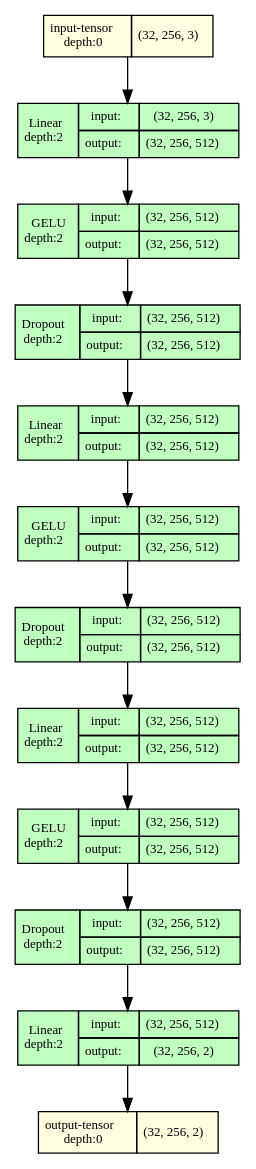
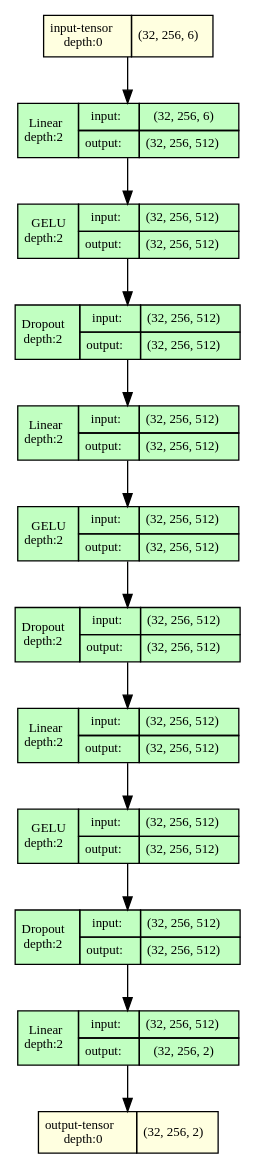
The diagram in figures/model.gv (MiniXC/masked-prosody-modeling-evaluation), drawn with Graphviz before and after one commit. The commit also changed 8 other files, not shown here.

```diff
--- a/figures/model.gv
+++ b/figures/model.gv
@@ -1,156 +1,156 @@
 strict digraph model {
 	graph [ordering=in rankdir=TB size="12.0,12.0"]
 	node [align=left fontname="Linux libertine" fontsize=10 height=0.2 margin=0 ranksep=0.1 shape=plaintext style=filled]
 	edge [fontsize=10]
 	0 [label=<
                     <TABLE BORDER="0" CELLBORDER="1"
                     CELLSPACING="0" CELLPADDING="4">
-                        <TR><TD>input-tensor<BR/>depth:0</TD><TD>(32, 256, 3)</TD></TR>
+                        <TR><TD>input-tensor<BR/>depth:0</TD><TD>(32, 256, 6)</TD></TR>
                     </TABLE>> fillcolor=lightyellow]
 	1 [label=<
                     <TABLE BORDER="0" CELLBORDER="1"
                     CELLSPACING="0" CELLPADDING="4">
                     <TR>
                         <TD ROWSPAN="2">Linear<BR/>depth:2</TD>
                         <TD COLSPAN="2">input:</TD>
-                        <TD COLSPAN="2">(32, 256, 3) </TD>
+                        <TD COLSPAN="2">(32, 256, 6) </TD>
                     </TR>
                     <TR>
                         <TD COLSPAN="2">output: </TD>
                         <TD COLSPAN="2">(32, 256, 512) </TD>
                     </TR>
                     </TABLE>> fillcolor=darkseagreen1]
 	2 [label=<
                     <TABLE BORDER="0" CELLBORDER="1"
                     CELLSPACING="0" CELLPADDING="4">
                     <TR>
                         <TD ROWSPAN="2">GELU<BR/>depth:2</TD>
                         <TD COLSPAN="2">input:</TD>
                         <TD COLSPAN="2">(32, 256, 512) </TD>
                     </TR>
                     <TR>
                         <TD COLSPAN="2">output: </TD>
                         <TD COLSPAN="2">(32, 256, 512) </TD>
                     </TR>
                     </TABLE>> fillcolor=darkseagreen1]
 	3 [label=<
                     <TABLE BORDER="0" CELLBORDER="1"
                     CELLSPACING="0" CELLPADDING="4">
                     <TR>
                         <TD ROWSPAN="2">Dropout<BR/>depth:2</TD>
                         <TD COLSPAN="2">input:</TD>
                         <TD COLSPAN="2">(32, 256, 512) </TD>
                     </TR>
                     <TR>
                         <TD COLSPAN="2">output: </TD>
                         <TD COLSPAN="2">(32, 256, 512) </TD>
                     </TR>
                     </TABLE>> fillcolor=darkseagreen1]
 	4 [label=<
                     <TABLE BORDER="0" CELLBORDER="1"
                     CELLSPACING="0" CELLPADDING="4">
                     <TR>
                         <TD ROWSPAN="2">Linear<BR/>depth:2</TD>
                         <TD COLSPAN="2">input:</TD>
                         <TD COLSPAN="2">(32, 256, 512) </TD>
                     </TR>
                     <TR>
                         <TD COLSPAN="2">output: </TD>
                         <TD COLSPAN="2">(32, 256, 512) </TD>
                     </TR>
                     </TABLE>> fillcolor=darkseagreen1]
 	5 [label=<
                     <TABLE BORDER="0" CELLBORDER="1"
                     CELLSPACING="0" CELLPADDING="4">
                     <TR>
                         <TD ROWSPAN="2">GELU<BR/>depth:2</TD>
                         <TD COLSPAN="2">input:</TD>
                         <TD COLSPAN="2">(32, 256, 512) </TD>
                     </TR>
                     <TR>
                         <TD COLSPAN="2">output: </TD>
                         <TD COLSPAN="2">(32, 256, 512) </TD>
                     </TR>
                     </TABLE>> fillcolor=darkseagreen1]
 	6 [label=<
                     <TABLE BORDER="0" CELLBORDER="1"
                     CELLSPACING="0" CELLPADDING="4">
                     <TR>
                         <TD ROWSPAN="2">Dropout<BR/>depth:2</TD>
                         <TD COLSPAN="2">input:</TD>
                         <TD COLSPAN="2">(32, 256, 512) </TD>
                     </TR>
                     <TR>
                         <TD COLSPAN="2">output: </TD>
                         <TD COLSPAN="2">(32, 256, 512) </TD>
                     </TR>
                     </TABLE>> fillcolor=darkseagreen1]
 	7 [label=<
                     <TABLE BORDER="0" CELLBORDER="1"
                     CELLSPACING="0" CELLPADDING="4">
                     <TR>
                         <TD ROWSPAN="2">Linear<BR/>depth:2</TD>
                         <TD COLSPAN="2">input:</TD>
                         <TD COLSPAN="2">(32, 256, 512) </TD>
                     </TR>
                     <TR>
                         <TD COLSPAN="2">output: </TD>
                         <TD COLSPAN="2">(32, 256, 512) </TD>
                     </TR>
                     </TABLE>> fillcolor=darkseagreen1]
 	8 [label=<
                     <TABLE BORDER="0" CELLBORDER="1"
                     CELLSPACING="0" CELLPADDING="4">
                     <TR>
                         <TD ROWSPAN="2">GELU<BR/>depth:2</TD>
                         <TD COLSPAN="2">input:</TD>
                         <TD COLSPAN="2">(32, 256, 512) </TD>
                     </TR>
                     <TR>
                         <TD COLSPAN="2">output: </TD>
                         <TD COLSPAN="2">(32, 256, 512) </TD>
                     </TR>
                     </TABLE>> fillcolor=darkseagreen1]
 	9 [label=<
                     <TABLE BORDER="0" CELLBORDER="1"
                     CELLSPACING="0" CELLPADDING="4">
                     <TR>
                         <TD ROWSPAN="2">Dropout<BR/>depth:2</TD>
                         <TD COLSPAN="2">input:</TD>
                         <TD COLSPAN="2">(32, 256, 512) </TD>
                     </TR>
                     <TR>
                         <TD COLSPAN="2">output: </TD>
                         <TD COLSPAN="2">(32, 256, 512) </TD>
                     </TR>
                     </TABLE>> fillcolor=darkseagreen1]
 	10 [label=<
                     <TABLE BORDER="0" CELLBORDER="1"
                     CELLSPACING="0" CELLPADDING="4">
                     <TR>
                         <TD ROWSPAN="2">Linear<BR/>depth:2</TD>
                         <TD COLSPAN="2">input:</TD>
                         <TD COLSPAN="2">(32, 256, 512) </TD>
                     </TR>
                     <TR>
                         <TD COLSPAN="2">output: </TD>
                         <TD COLSPAN="2">(32, 256, 2) </TD>
                     </TR>
                     </TABLE>> fillcolor=darkseagreen1]
 	11 [label=<
                     <TABLE BORDER="0" CELLBORDER="1"
                     CELLSPACING="0" CELLPADDING="4">
                         <TR><TD>output-tensor<BR/>depth:0</TD><TD>(32, 256, 2)</TD></TR>
                     </TABLE>> fillcolor=lightyellow]
 	0 -> 1
 	1 -> 2
 	2 -> 3
 	3 -> 4
 	4 -> 5
 	5 -> 6
 	6 -> 7
 	7 -> 8
 	8 -> 9
 	9 -> 10
 	10 -> 11
 }
```
